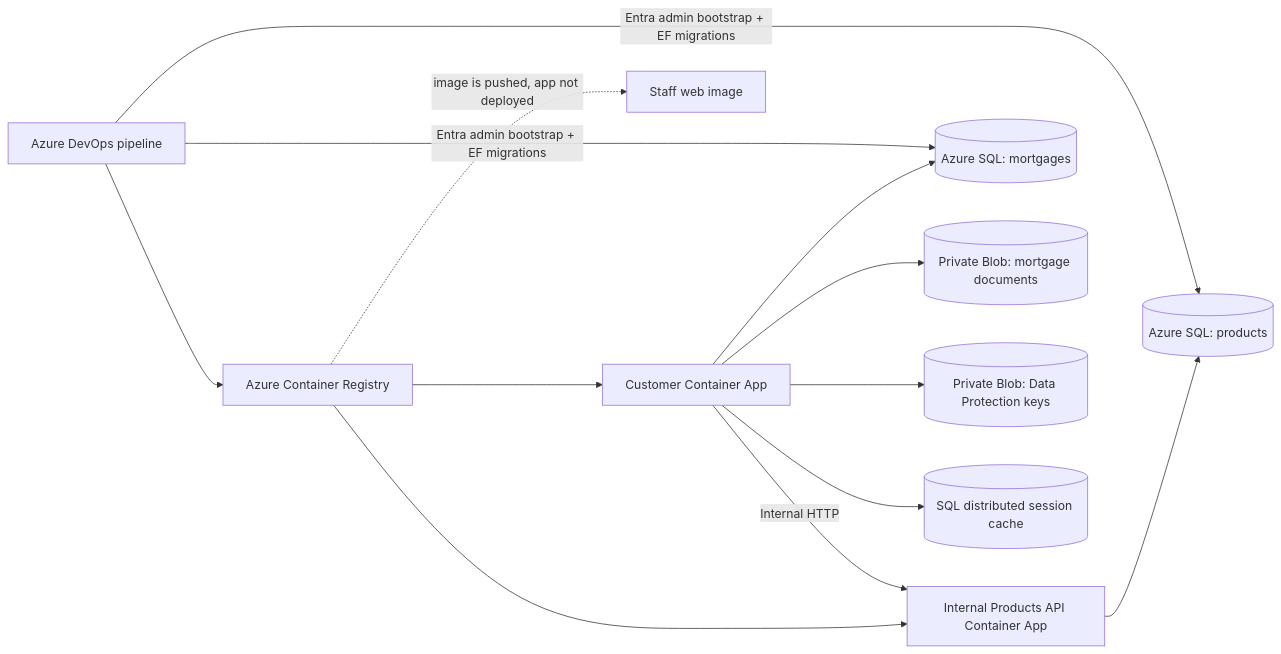
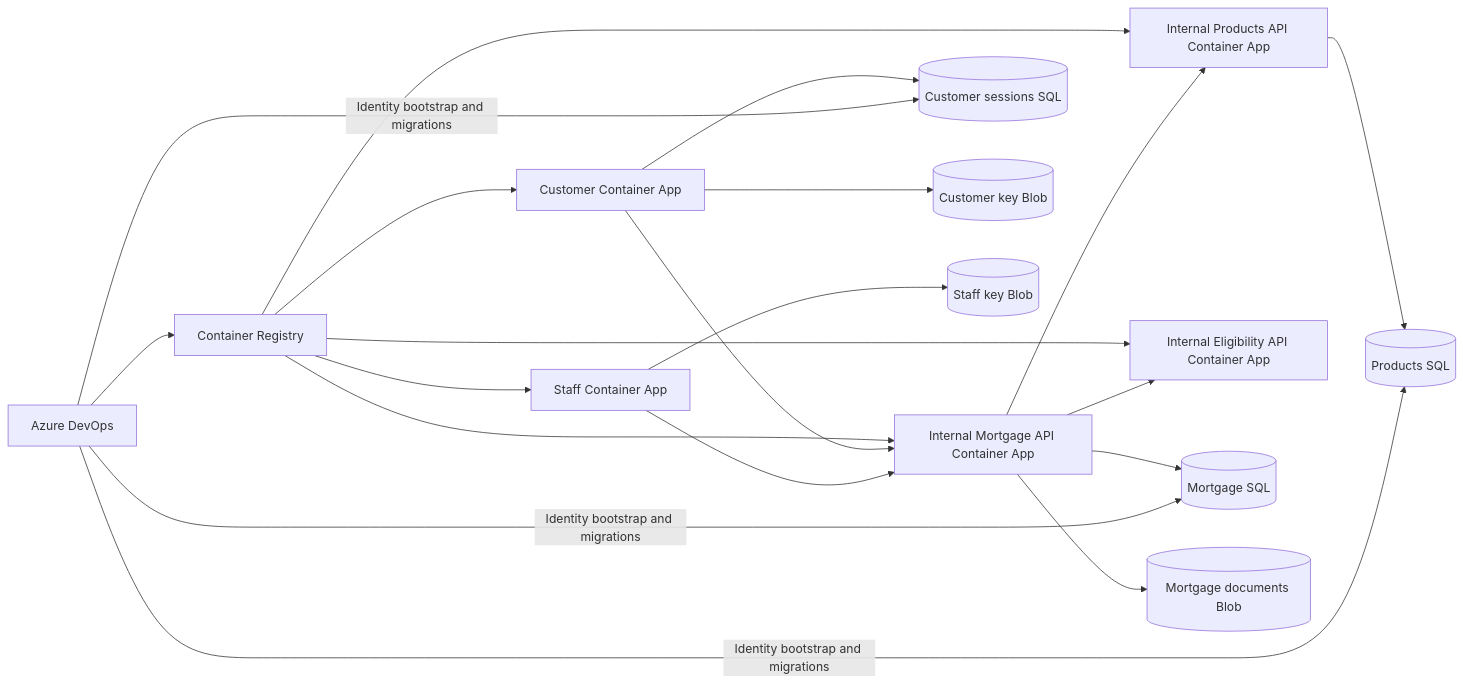
One commit to eyeballpaul/Mortgage-Processing-Application changed the second of 2 diagrams in docs/architecture.md. Above: the diagram before and after it, drawn with Mermaid. The commit also changed other lines of this file and 168 other files, not shown here.

Commit message:
split out mortgage api and eligibility

````diff
--- a/docs/architecture.md
+++ b/docs/architecture.md
@@ -81,15 +53,22 @@
 ```mermaid
 flowchart LR
-    Pipeline[Azure DevOps pipeline] --> Registry[Azure Container Registry]
-    Registry --> CustomerApp[Customer Container App]
-    Registry --> ProductsApp[Internal Products API Container App]
-    Registry -. image is pushed, app not deployed .-> StaffImage[Staff web image]
-    CustomerApp --> MortgageDb[(Azure SQL: mortgages)]
-    ProductsApp --> ProductsDb[(Azure SQL: products)]
-    CustomerApp --> Documents[(Private Blob: mortgage documents)]
-    CustomerApp --> KeyRing[(Private Blob: Data Protection keys)]
-    CustomerApp --> Session[(SQL distributed session cache)]
-    CustomerApp -->|Internal HTTP| ProductsApp
-    Pipeline -->|Entra admin bootstrap + EF migrations| MortgageDb
-    Pipeline -->|Entra admin bootstrap + EF migrations| ProductsDb
+    Pipeline[Azure DevOps] --> Registry[Container Registry]
+    Registry --> Customer[Customer Container App]
+    Registry --> Staff[Staff Container App]
+    Registry --> API[Internal Mortgage API Container App]
+    Registry --> Products[Internal Products API Container App]
+    Registry --> Eligibility[Internal Eligibility API Container App]
+    Customer --> Sessions[(Customer sessions SQL)]
+    Customer --> API
+    Staff --> API
+    API --> Mortgage[(Mortgage SQL)]
+    API --> Documents[(Mortgage documents Blob)]
+    API --> Products
+    API --> Eligibility
+    Products --> ProductDb[(Products SQL)]
+    Customer --> CustomerKeys[(Customer key Blob)]
+    Staff --> StaffKeys[(Staff key Blob)]
+    Pipeline -->|Identity bootstrap and migrations| Mortgage
+    Pipeline -->|Identity bootstrap and migrations| Sessions
+    Pipeline -->|Identity bootstrap and migrations| ProductDb
 ```
````
